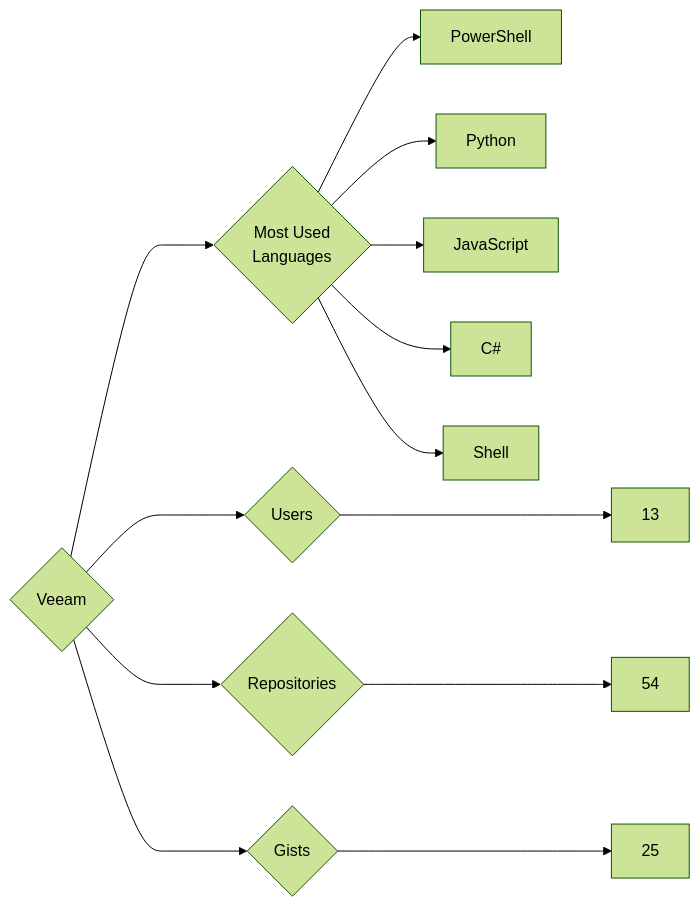
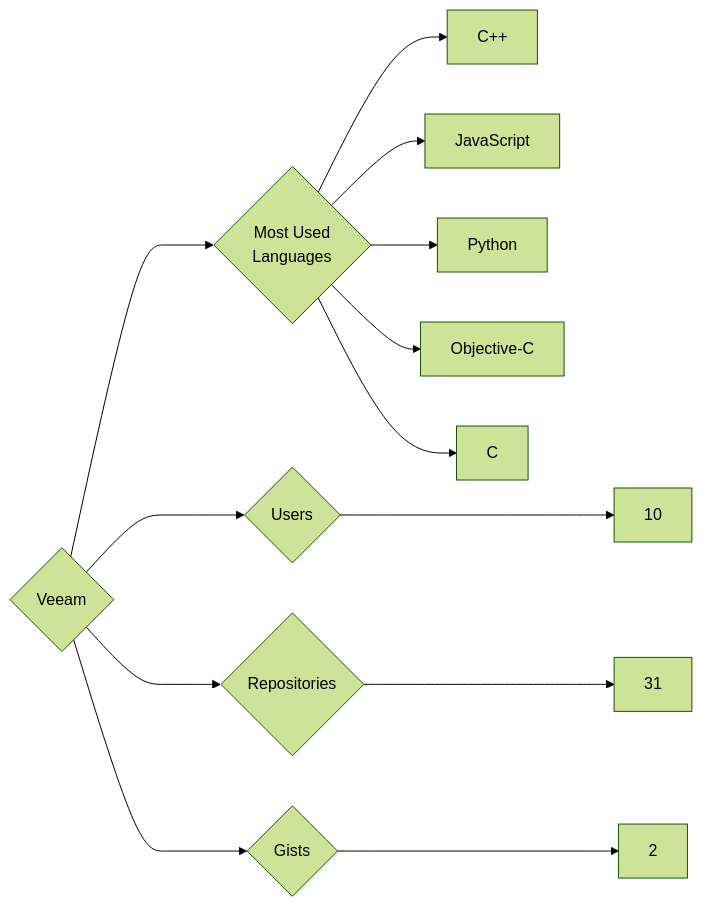
One commit to trickest/insiders changed the diagram in targets/Veeam/README.md. Above: the diagram before and after it, drawn with Mermaid (forest theme). The commit also changed 715 other files, not shown here.

````diff
--- a/targets/Veeam/README.md
+++ b/targets/Veeam/README.md
@@ -3,13 +3,13 @@
 ```mermaid
 graph LR
 COMPANY_NAME{Veeam}
-COMPANY_NAME ---> U{Users} ---> UN[13]
-COMPANY_NAME ---> R{Repositories} ---> RN[54]
-COMPANY_NAME ---> G{Gists} ---> GN[25]
+COMPANY_NAME ---> U{Users} ---> UN[10]
+COMPANY_NAME ---> R{Repositories} ---> RN[31]
+COMPANY_NAME ---> G{Gists} ---> GN[2]
 COMPANY_NAME ---> ML{Most Used<br>Languages}
-ML --> PowerShell[PowerShell]
+ML --> C++[C++]
+ML --> JavaScript[JavaScript]
 ML --> Python[Python]
-ML --> JavaScript[JavaScript]
-ML --> C#[C#]
-ML --> Shell[Shell]
+ML --> Objective-C[Objective-C]
+ML --> C[C]
 ```
````
